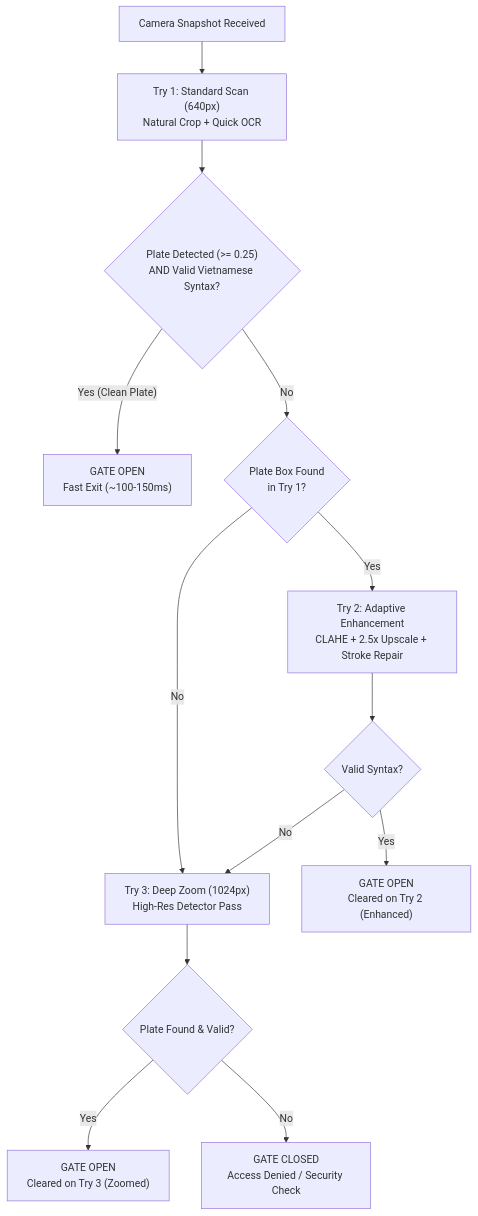
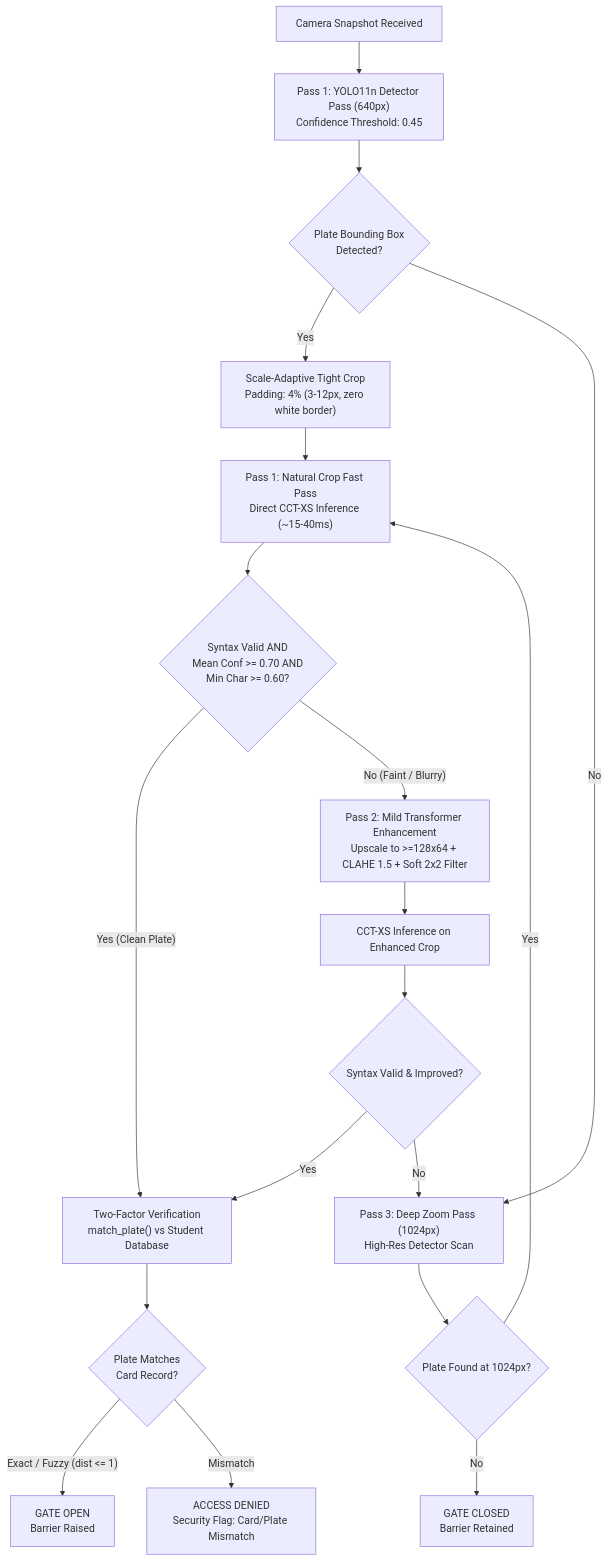
The first of 2 diagrams in README.md (angweij1431/EIU_Licenseplatedetector), drawn with Mermaid before and after one commit. The commit also changed other lines of this file and 7 other files, not shown here.

````diff
--- a/README.md
+++ b/README.md
@@ -191,19 +87,28 @@
 ```mermaid
 flowchart TD
-    Start["Camera Snapshot Received"] --> T1["Try 1: Standard Scan (640px)<br/>Natural Crop + Quick OCR"]
-    T1 --> Check1{"Plate Detected (>= 0.25)<br/>AND Valid Vietnamese Syntax?"}
+    Start["Camera Snapshot Received"] --> Det1["Pass 1: YOLO11n Detector Pass (640px)<br/>Confidence Threshold: 0.45"]
+    Det1 --> BoxCheck{"Plate Bounding Box<br/>Detected?"}
     
-    Check1 -->|"Yes (Clean Plate)"| Gate1["GATE OPEN<br/>Fast Exit (~100-150ms)"]
-    Check1 -->|"No"| CheckBox{"Plate Box Found<br/>in Try 1?"}
+    BoxCheck -->|"Yes"| Crop1["Scale-Adaptive Tight Crop<br/>Padding: 4% (3-12px, zero white border)"]
+    BoxCheck -->|"No"| Zoom3["Pass 3: Deep Zoom Pass (1024px)<br/>High-Res Detector Scan"]
     
-    CheckBox -->|"Yes"| T2["Try 2: Adaptive Enhancement<br/>CLAHE + 2.5x Upscale + Stroke Repair"]
-    CheckBox -->|"No"| T3["Try 3: Deep Zoom (1024px)<br/>High-Res Detector Pass"]
+    Crop1 --> Pass1["Pass 1: Natural Crop Fast Pass<br/>Direct CCT-XS Inference (~15-40ms)"]
+    Pass1 --> Syntax1{"Syntax Valid AND<br/>Mean Conf >= 0.70 AND<br/>Min Char >= 0.60?"}
     
-    T2 --> Check2{"Valid Syntax?"}
-    Check2 -->|"Yes"| Gate2["GATE OPEN<br/>Cleared on Try 2 (Enhanced)"]
-    Check2 -->|"No"| T3
+    Syntax1 -->|"Yes (Clean Plate)"| AccessCheck["Two-Factor Verification<br/>match_plate() vs Student Database"]
+    Syntax1 -->|"No (Faint / Blurry)"| Pass2["Pass 2: Mild Transformer Enhancement<br/>Upscale to >=128x64 + CLAHE 1.5 + Soft 2x2 Filter"]
     
-    T3 --> Check3{"Plate Found & Valid?"}
-    Check3 -->|"Yes"| Gate3["GATE OPEN<br/>Cleared on Try 3 (Zoomed)"]
-    Check3 -->|"No"| Denied["GATE CLOSED<br/>Access Denied / Security Check"]
+    Pass2 --> CCT2["CCT-XS Inference on Enhanced Crop"]
+    CCT2 --> Syntax2{"Syntax Valid & Improved?"}
+    
+    Syntax2 -->|"Yes"| AccessCheck
+    Syntax2 -->|"No"| Zoom3
+    
+    Zoom3 --> Box3Check{"Plate Found at 1024px?"}
+    Box3Check -->|"Yes"| Pass1
+    Box3Check -->|"No"| Deny["GATE CLOSED<br/>Barrier Retained"]
+    
+    AccessCheck --> Match{"Plate Matches<br/>Card Record?"}
+    Match -->|"Exact / Fuzzy (dist <= 1)"| Open["GATE OPEN<br/>Barrier Raised"]
+    Match -->|"Mismatch"| Mismatch["ACCESS DENIED<br/>Security Flag: Card/Plate Mismatch"]
 ```
````
